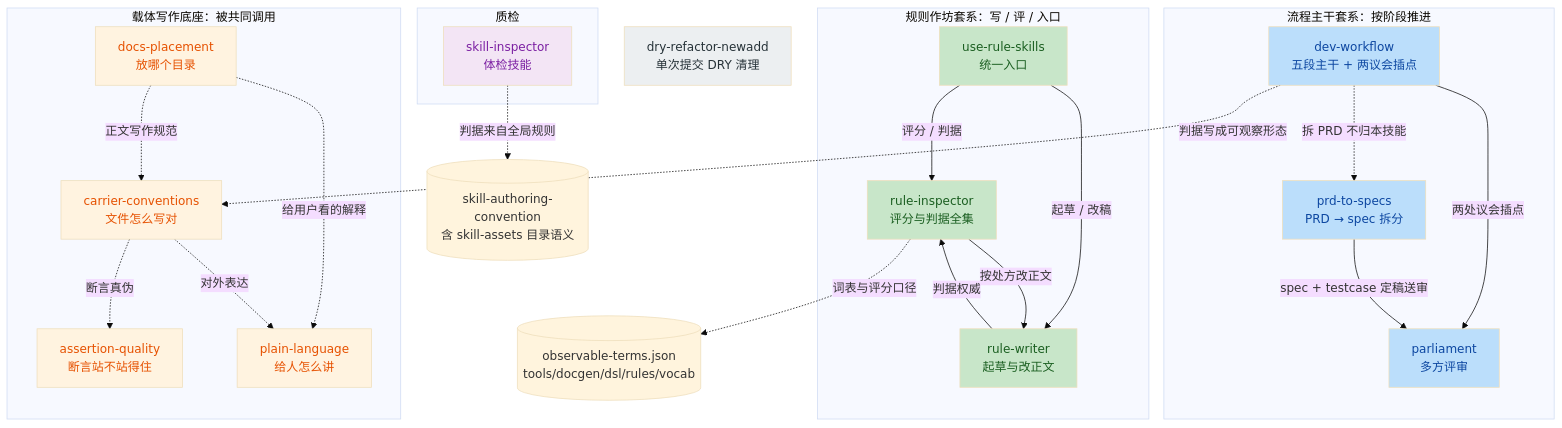
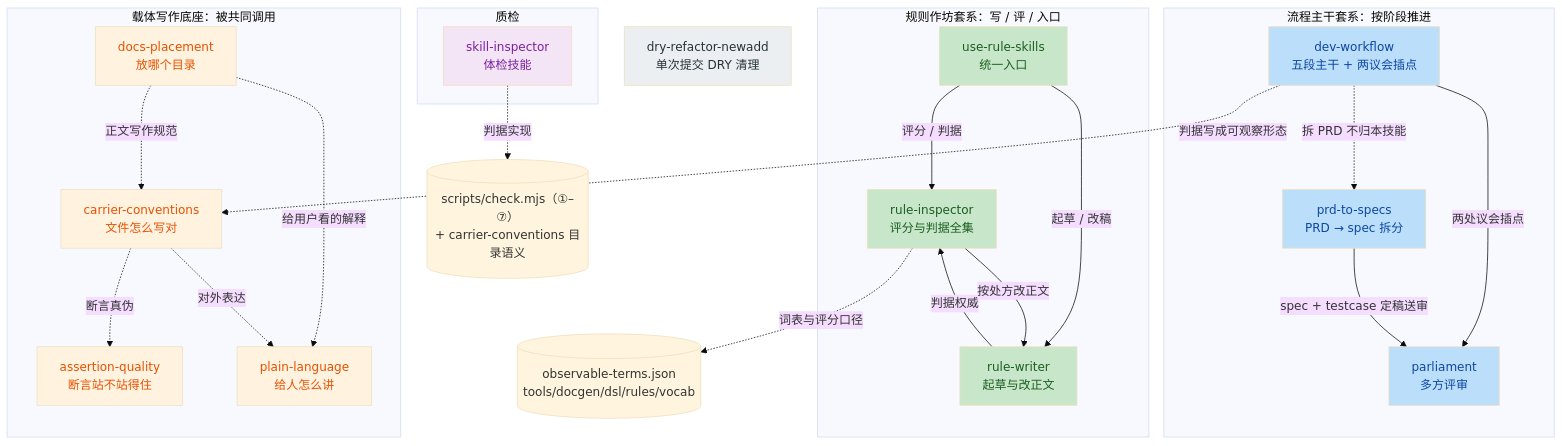
The diagram in docs/guide/skills/README.md (SeedHuang/retro-skills), drawn with Mermaid (base theme) before and after one commit. The commit also changed other lines of this file and 63 other files, not shown here.

````diff
--- a/docs/guide/skills/README.md
+++ b/docs/guide/skills/README.md
@@ -13,57 +13,57 @@
 ```mermaid
 flowchart TB
     subgraph FLOW["流程主干套系：按阶段推进"]
         DW["dev-workflow<br/>五段主干 + 两议会插点"]
         PA["parliament<br/>多方评审"]
         PS["prd-to-specs<br/>PRD → spec 拆分"]
     end
 
     subgraph RULE["规则作坊套系：写 / 评 / 入口"]
         UR["use-rule-skills<br/>统一入口"]
         RW["rule-writer<br/>起草与改正文"]
         RI["rule-inspector<br/>评分与判据全集"]
     end
 
     subgraph BASE["载体写作底座：被共同调用"]
         CC["carrier-conventions<br/>文件怎么写对"]
         AQ["assertion-quality<br/>断言站不站得住"]
         PL["plain-language<br/>给人怎么讲"]
         DP["docs-placement<br/>放哪个目录"]
     end
 
     subgraph QA["质检"]
         SI["skill-inspector<br/>体检技能"]
     end
 
     DR["dry-refactor-newadd<br/>单次提交 DRY 清理"]
 
     DW -->|两处议会插点| PA
     PS -->|spec + testcase 定稿送审| PA
     DW -.->|判据写成可观察形态| CC
     DW -.->|拆 PRD 不归本技能| PS
     DP -.->|正文写作规范| CC
     DP -.->|给用户看的解释| PL
     CC -.->|断言真伪| AQ
     CC -.->|对外表达| PL
 
     UR -->|评分 / 判据| RI
     UR -->|起草 / 改稿| RW
     RW -->|判据权威| RI
     RI -->|按处方改正文| RW
 
-    SI -.->|判据来自全局规则| G1[("skill-authoring-convention<br/>含 skill-assets 目录语义")]
+    SI -.->|判据实现| G1[("scripts/check.mjs（①–⑦）<br/>+ carrier-conventions 目录语义")]
     RI -.->|词表与评分口径| G2[("observable-terms.json<br/>tools/docgen/dsl/rules/vocab")]
 
     style DW fill:#bbdefb,color:#0d47a1
     style PA fill:#bbdefb,color:#0d47a1
     style PS fill:#bbdefb,color:#0d47a1
     style UR fill:#c8e6c9,color:#1a5e20
     style RW fill:#c8e6c9,color:#1a5e20
     style RI fill:#c8e6c9,color:#1a5e20
     style CC fill:#fff3e0,color:#e65100
     style AQ fill:#fff3e0,color:#e65100
     style PL fill:#fff3e0,color:#e65100
     style DP fill:#fff3e0,color:#e65100
     style SI fill:#f3e5f5,color:#7b1fa2
     style DR fill:#eceff1,color:#263238
 ```
````
